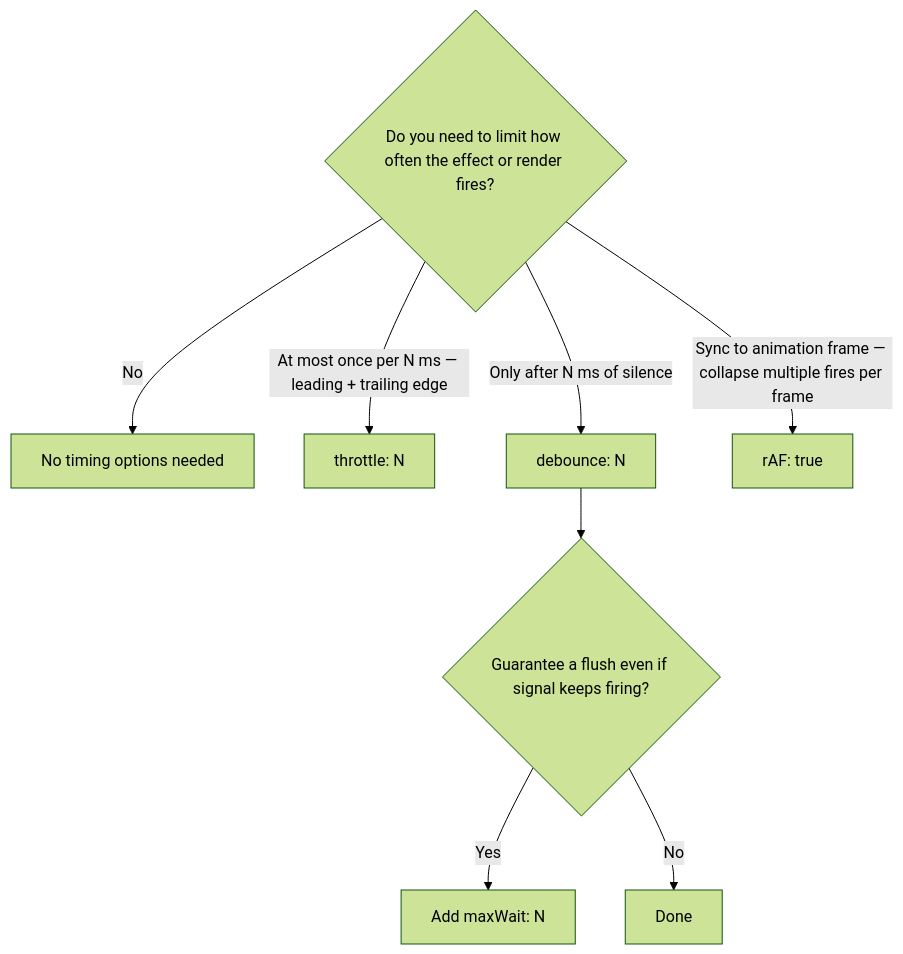
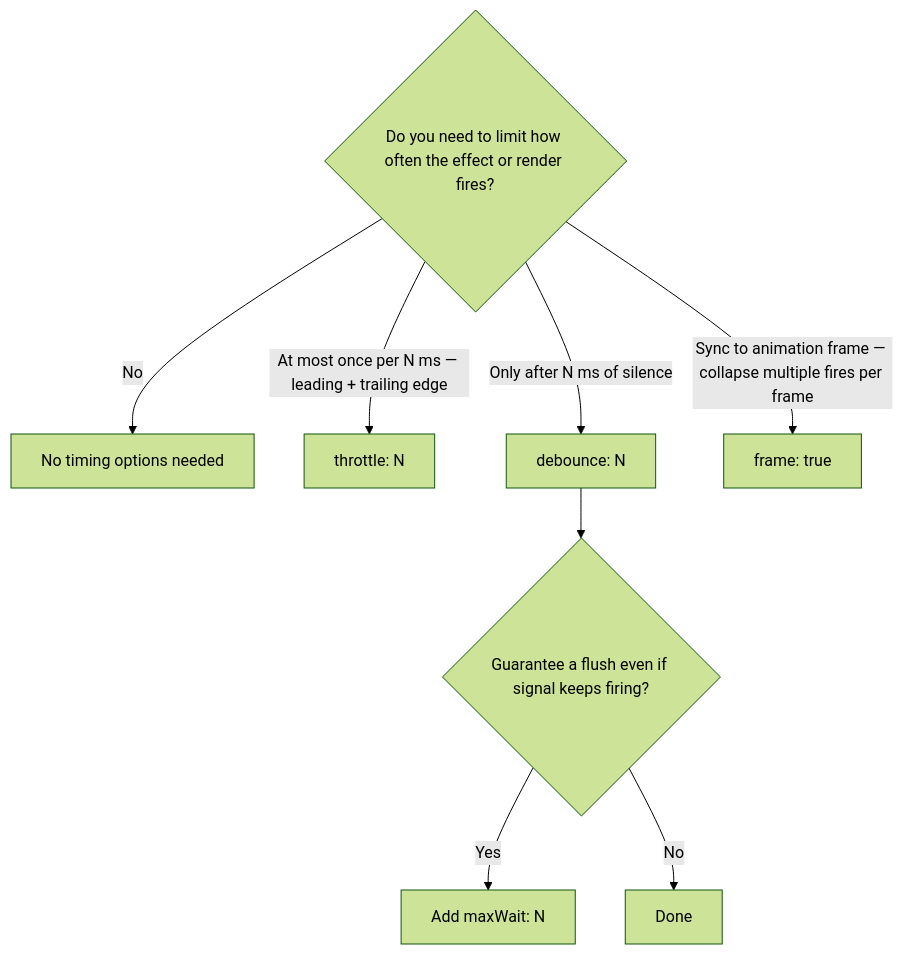
One commit to jav974/react-refsignal changed the fourth of 12 diagrams in docs/decision-tree.md. Above: the diagram before and after it, drawn with Mermaid (forest theme). The commit also changed other lines of this file and 25 other files, not shown here.

````diff
--- a/docs/decision-tree.md
+++ b/docs/decision-tree.md
@@ -103,11 +103,11 @@
 ```mermaid
 flowchart TD
     Q1{"Do you need to limit how often the effect or render fires?"}
     Q1 -->|No| A[No timing options needed]
     Q1 -->|"At most once per N ms — leading + trailing edge"| B["throttle: N"]
     Q1 -->|"Only after N ms of silence"| C["debounce: N"]
     C --> Q2{"Guarantee a flush even if signal keeps firing?"}
     Q2 -->|Yes| D["Add maxWait: N"]
     Q2 -->|No| E[Done]
-    Q1 -->|"Sync to animation frame — collapse multiple fires per frame"| F["rAF: true"]
+    Q1 -->|"Sync to animation frame — collapse multiple fires per frame"| F["frame: true"]
 ```
````
